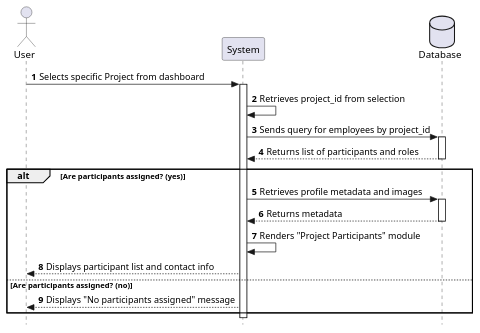
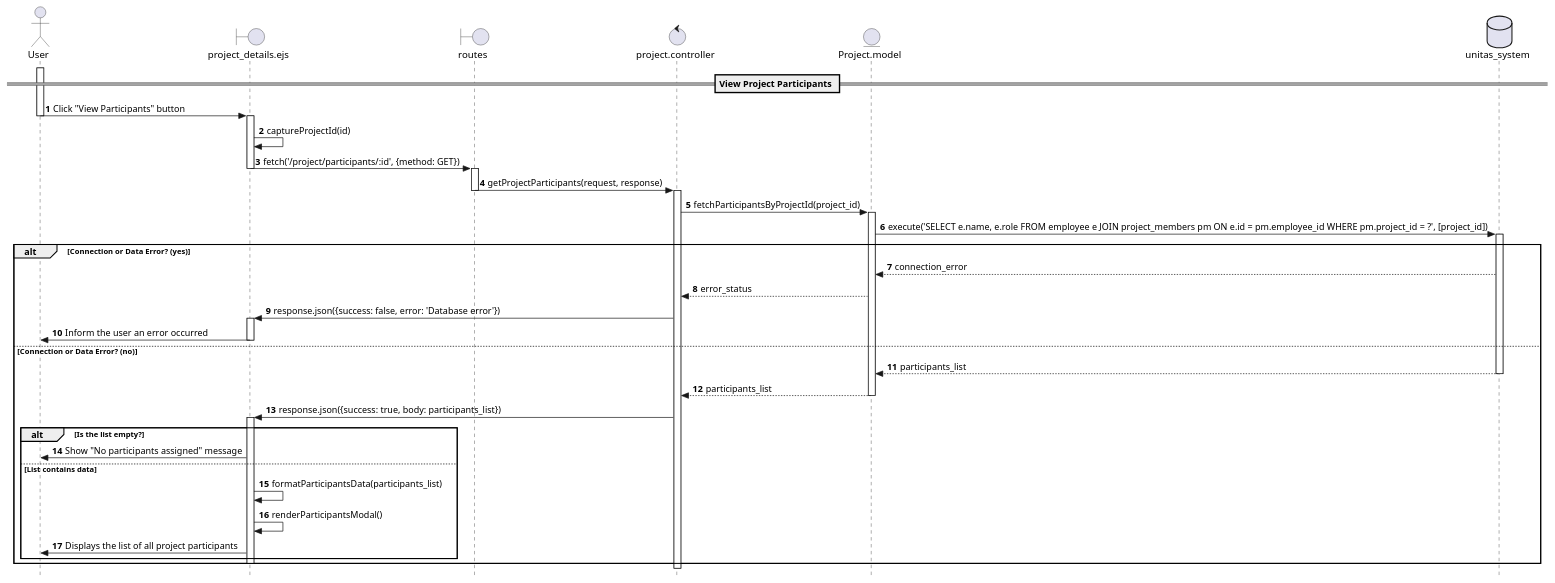
Before and after one commit to Berthou05/LimboSoftwareDevelopment_Change.org: the diagram in documentation/sequence_diagrams/PROJ-07-SD.puml, drawn with PlantUML. The commit also changed 19 other files, not shown here.

Commit message:
[CHORE] moved activity diagrams to sequence_diagrams folder

```diff
--- a/documentation/sequence_diagrams/PROJ-07-SD.puml
+++ b/documentation/sequence_diagrams/PROJ-07-SD.puml
@@ -1,31 +1,64 @@
 @startuml
+skinparam style strictuml
+
+actor User as U
+boundary "project_details.ejs" as V
+boundary "routes" as RO
+control "project.controller" as C
+entity "Project.model" as M
+database "unitas_system" as BD
+
 autonumber
-skinparam Style strictuml
 
-actor User
-participant "System" as Sys
-database "Database" as DB
+== View Project Participants ==
 
-User -> Sys: Selects specific Project from dashboard
-activate Sys
+activate U
+U -> V: Click "View Participants" button
+deactivate U
 
-Sys -> Sys: Retrieves project_id from selection
-Sys -> DB: Sends query for employees by project_id
-activate DB
+activate V
+V -> V: captureProjectId(id)
+V -> RO: fetch('/project/participants/:id', {method: GET})
+deactivate V
 
-DB --> Sys: Returns list of participants and roles
-deactivate DB
+activate RO
+RO -> C: getProjectParticipants(request, response)
+deactivate RO
 
-alt Are participants assigned? (yes)
-    Sys -> DB: Retrieves profile metadata and images
-    activate DB
-    DB --> Sys: Returns metadata
-    deactivate DB
-    Sys -> Sys: Renders "Project Participants" module
-    Sys --> User: Displays participant list and contact info
-else Are participants assigned? (no)
-    Sys --> User: Displays "No participants assigned" message
+activate C
+C -> M: fetchParticipantsByProjectId(project_id)
+activate M
+
+M -> BD: execute('SELECT e.name, e.role FROM employee e JOIN project_members pm ON e.id = pm.employee_id WHERE pm.project_id = ?', [project_id])
+activate BD
+
+alt Connection or Data Error? (yes)
+    BD --> M: connection_error
+    M --> C: error_status
+    C -> V: response.json({success: false, error: 'Database error'})
+    activate V
+    V -> U: Inform the user an error occurred
+    deactivate V
+    
+else Connection or Data Error? (no)
+    BD --> M: participants_list
+    deactivate BD
+    M --> C: participants_list
+    deactivate M
+    
+    C -> V: response.json({success: true, body: participants_list})
+    activate V
+    
+    alt Is the list empty?
+        V -> U: Show "No participants assigned" message
+    else List contains data
+        V -> V: formatParticipantsData(participants_list)
+        V -> V: renderParticipantsModal()
+        V -> U: Displays the list of all project participants
+    end
+    deactivate V
 end
 
-deactivate Sys
+deactivate C
+
 @enduml
```
